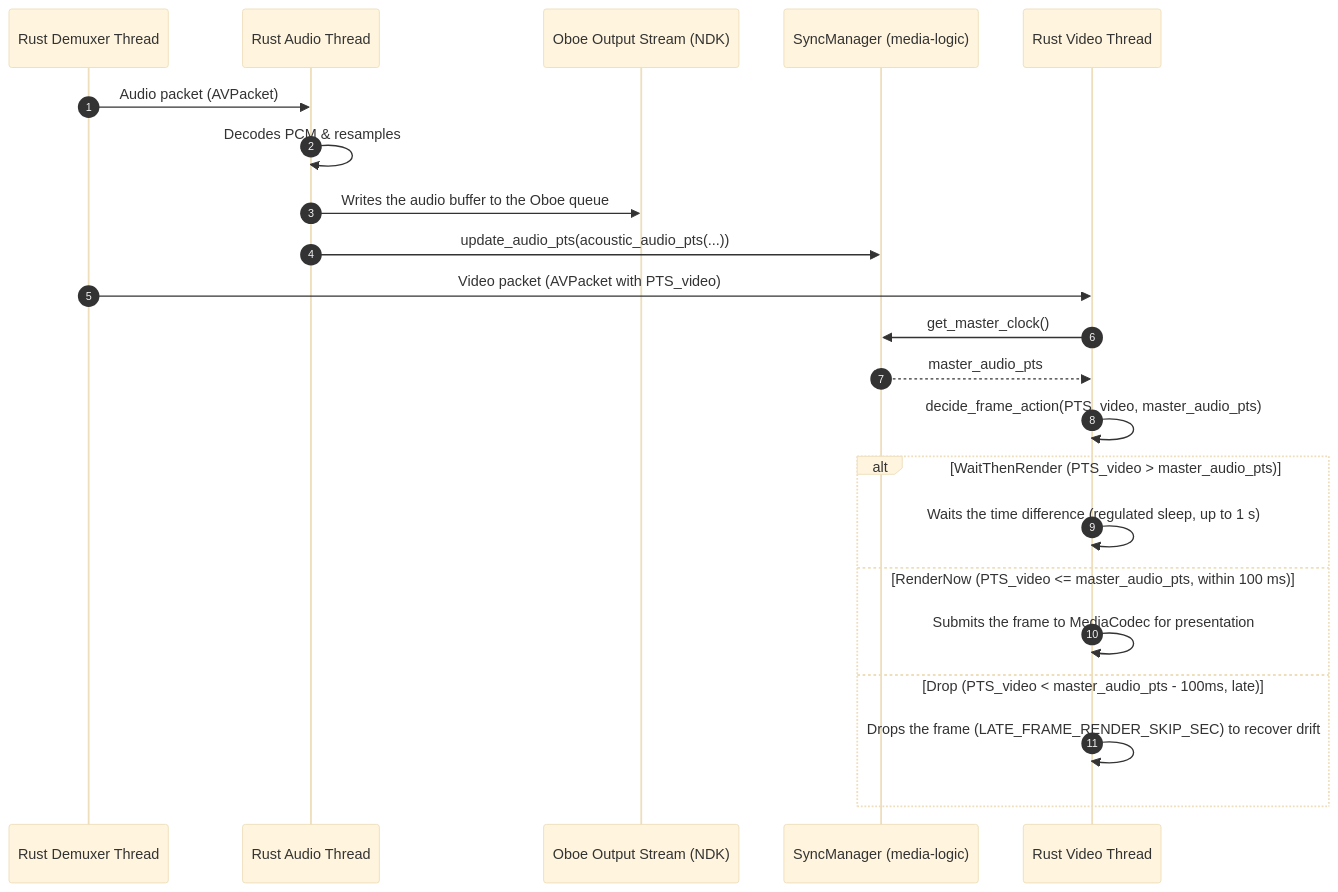
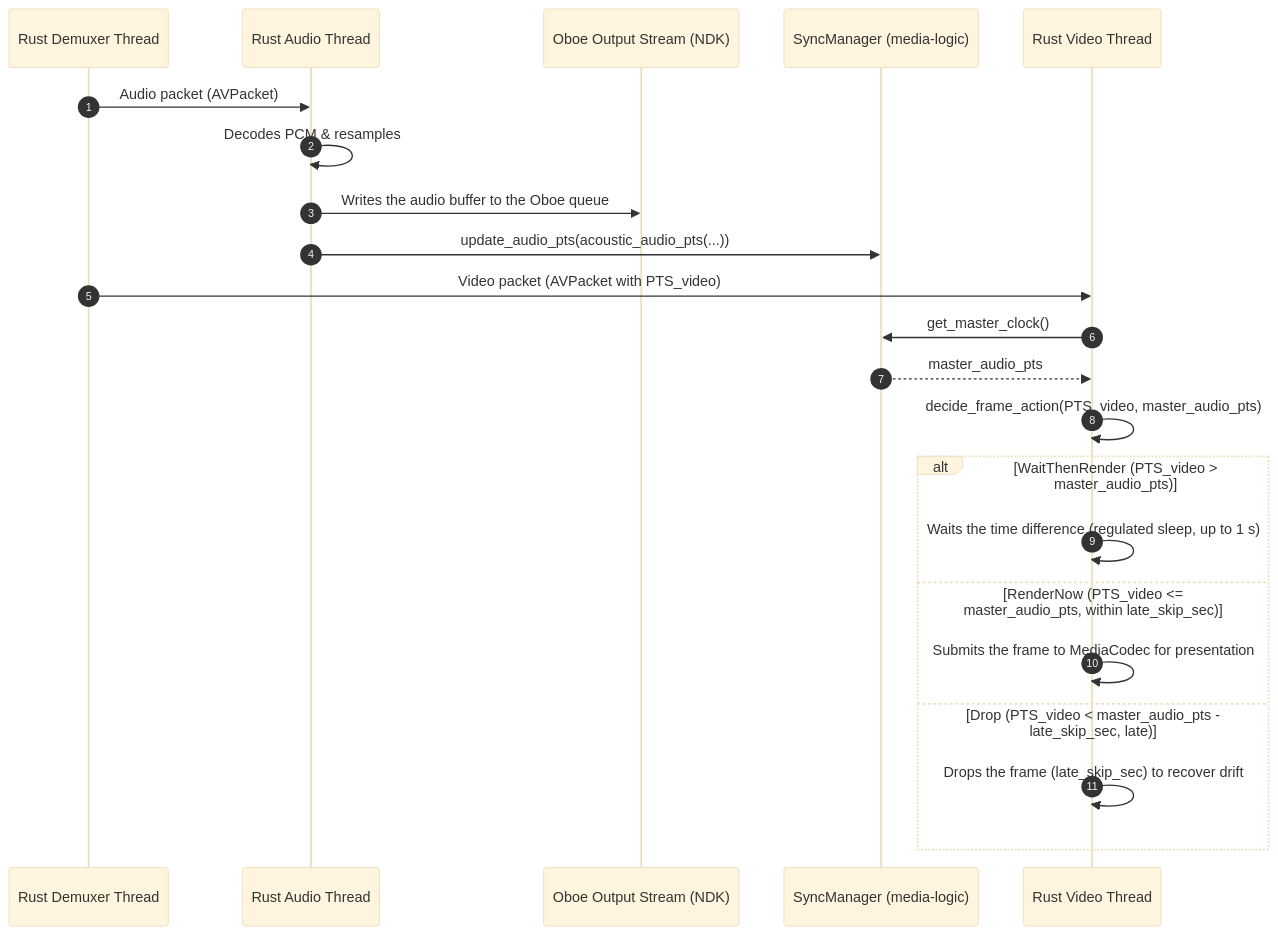
One commit to BGLuis/tucaVR changed the eighth of 8 diagrams in docs/ARCHITECTURE.md. Above: the diagram before and after it, drawn with Mermaid (base theme). The commit also changed other lines of this file and 3 other files, not shown here.

First line of the commit message:
feat(playback): drop late frames by frame duration instead of fixed 100 ms (#175)

````diff
--- a/docs/ARCHITECTURE.md
+++ b/docs/ARCHITECTURE.md
@@ -482,27 +482,27 @@
 ```mermaid
 sequenceDiagram
     autonumber
     participant Dmx as Rust Demuxer Thread
     participant Aud as Rust Audio Thread
     participant Ob as Oboe Output Stream (NDK)
     participant Sync as SyncManager (media-logic)
     participant Vid as Rust Video Thread
 
     Dmx->>Aud: Audio packet (AVPacket)
     Aud->>Aud: Decodes PCM & resamples
     Aud->>Ob: Writes the audio buffer to the Oboe queue
     Aud->>Sync: update_audio_pts(acoustic_audio_pts(...))
 
     Dmx->>Vid: Video packet (AVPacket with PTS_video)
     Vid->>Sync: get_master_clock()
     Sync-->>Vid: master_audio_pts
     Vid->>Vid: decide_frame_action(PTS_video, master_audio_pts)
 
     alt WaitThenRender (PTS_video > master_audio_pts)
         Vid->>Vid: Waits the time difference (regulated sleep, up to 1 s)
-    else RenderNow (PTS_video <= master_audio_pts, within 100 ms)
+    else RenderNow (PTS_video <= master_audio_pts, within late_skip_sec)
         Vid->>Vid: Submits the frame to MediaCodec for presentation
-    else Drop (PTS_video < master_audio_pts - 100ms, late)
-        Vid->>Vid: Drops the frame (LATE_FRAME_RENDER_SKIP_SEC) to recover drift
+    else Drop (PTS_video < master_audio_pts - late_skip_sec, late)
+        Vid->>Vid: Drops the frame (late_skip_sec) to recover drift
     end
 ```
````
